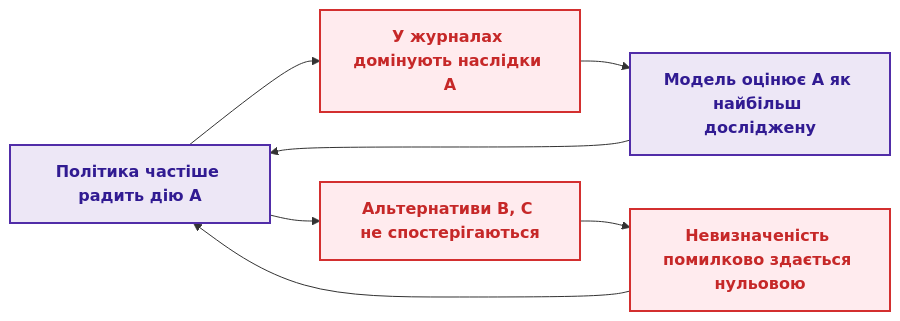
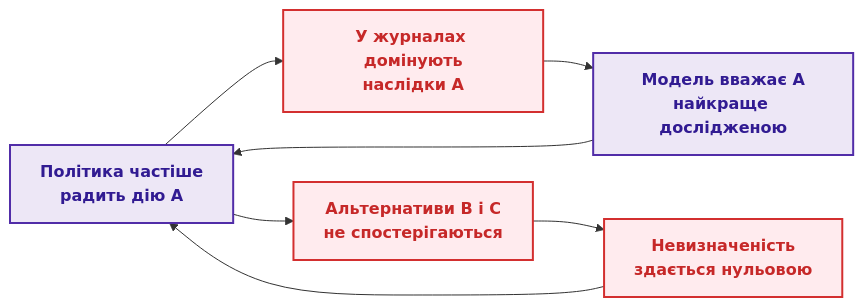
One commit to nick-fedchik/articles changed the third of 7 diagrams in ExpertSystem/ch26-continual-learning.md. Above: the diagram before and after it, drawn with Mermaid. The commit also changed other lines of this file, not shown here.

````diff
--- a/ExpertSystem/ch26-continual-learning.md
+++ b/ExpertSystem/ch26-continual-learning.md
@@ -211,18 +234,18 @@
 ```mermaid
 flowchart LR
-    accTitle: Небезпечна петля зміщення системного журналу
-    accDescr: Як вибірковість рекомендацій призводить до збіднення даних та помилкової впевненості.
+    accTitle: Небезпечна петля зміщення власного журналу
+    accDescr: Політика частіше радить дію A, журнали заповнюються наслідками A, модель вважає A найкраще дослідженою, альтернативи не спостерігаються, і невизначеність помилково здається нульовою.
 
-    P["<b>Політика частіше радить дію A</b>"] --> D["<b>У журналах домінують наслідки A</b>"]
-    D --> M["<b>Модель оцінює A як найбільш досліджену</b>"]
+    P["<b>Політика частіше<br/>радить дію A</b>"] --> D["<b>У журналах домінують<br/>наслідки A</b>"]
+    D --> M["<b>Модель вважає A<br/>найкраще дослідженою</b>"]
     M --> P
-    P --> U["<b>Альтернативи B, C не спостерігаються</b>"]
-    U --> B["<b>Невизначеність помилково здається нульовою</b>"]
+    P --> U["<b>Альтернативи B і C<br/>не спостерігаються</b>"]
+    U --> B["<b>Невизначеність<br/>здається нульовою</b>"]
     B --> P
 
     classDef loop fill:#ffebee,stroke:#d32f2f,stroke-width:2px,color:#c62828;
     classDef pol fill:#ede7f6,stroke:#512da8,stroke-width:2px,color:#311b92;
 
     class P,M pol;
     class D,U,B loop;
 ```
````
